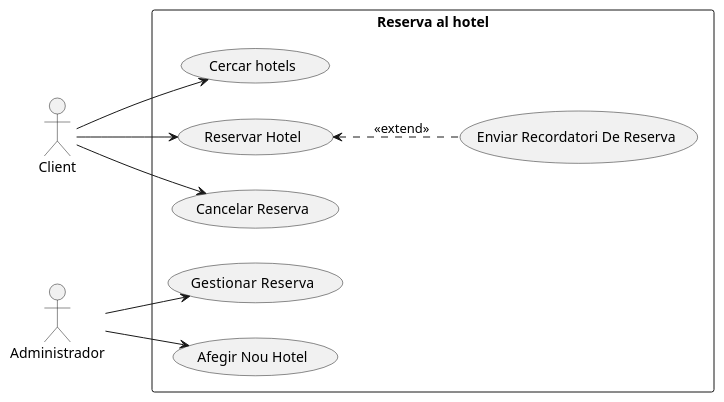
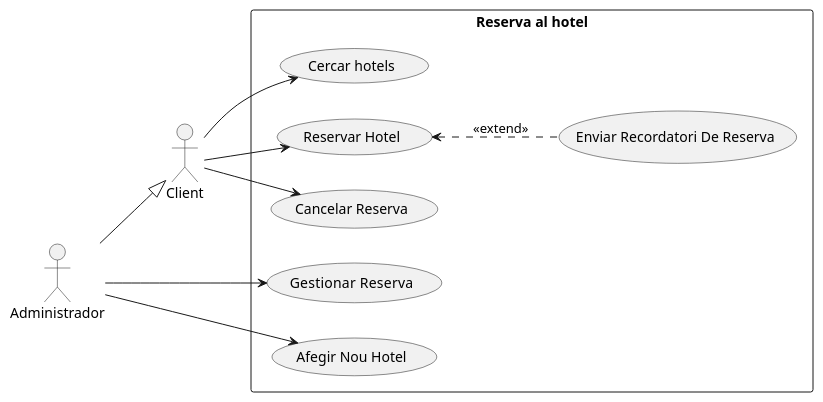
One commit to AminaMustafaa/OOPfromUMl changed the diagram in src/main/kotlin/uml/DC.Ex1.puml. Above: the diagram before and after it, drawn with PlantUML. The commit also changed 3 other files, not shown here.

```diff
--- a/src/main/kotlin/uml/DC.Ex1.puml
+++ b/src/main/kotlin/uml/DC.Ex1.puml
@@ -1,24 +1,30 @@
 @startuml
 'https://plantuml.com/class-diagram
+' Sistema de Reserva d'Hotels:
+' Volem fer el disseny de casos d'ús d'una aplicació de reserva d'habitacions d'hotel,
+' on els clients poden cercar hotels, fer reserves i cancel·lar-les si és el cas.
+' D'altra banda, els administradors d'hotel poden gestionar les reserves i afegir nous hotels.
+' Important: quan una reserva s'apropa, cal enviar un recordatori de la reserva s'activa.
+
 left to right direction
-
 actor Client
 actor Administrador
 
 rectangle "Reserva al hotel"{
     usecase "Cercar hotels" as CH
     usecase "Reservar Hotel" as RH
     usecase "Cancelar Reserva" as CR
     usecase "Gestionar  Reserva" as GR
     usecase "Afegir Nou Hotel" as ANH
     usecase "Enviar Recordatori De Reserva" as ER
 }
 
 Client --> CH
 Client --> RH
 Client --> CR
+Administrador --|> Client
 Administrador --> GR
 Administrador --> ANH
 RH <.. ER : <<extend>>
 
 @enduml
```
